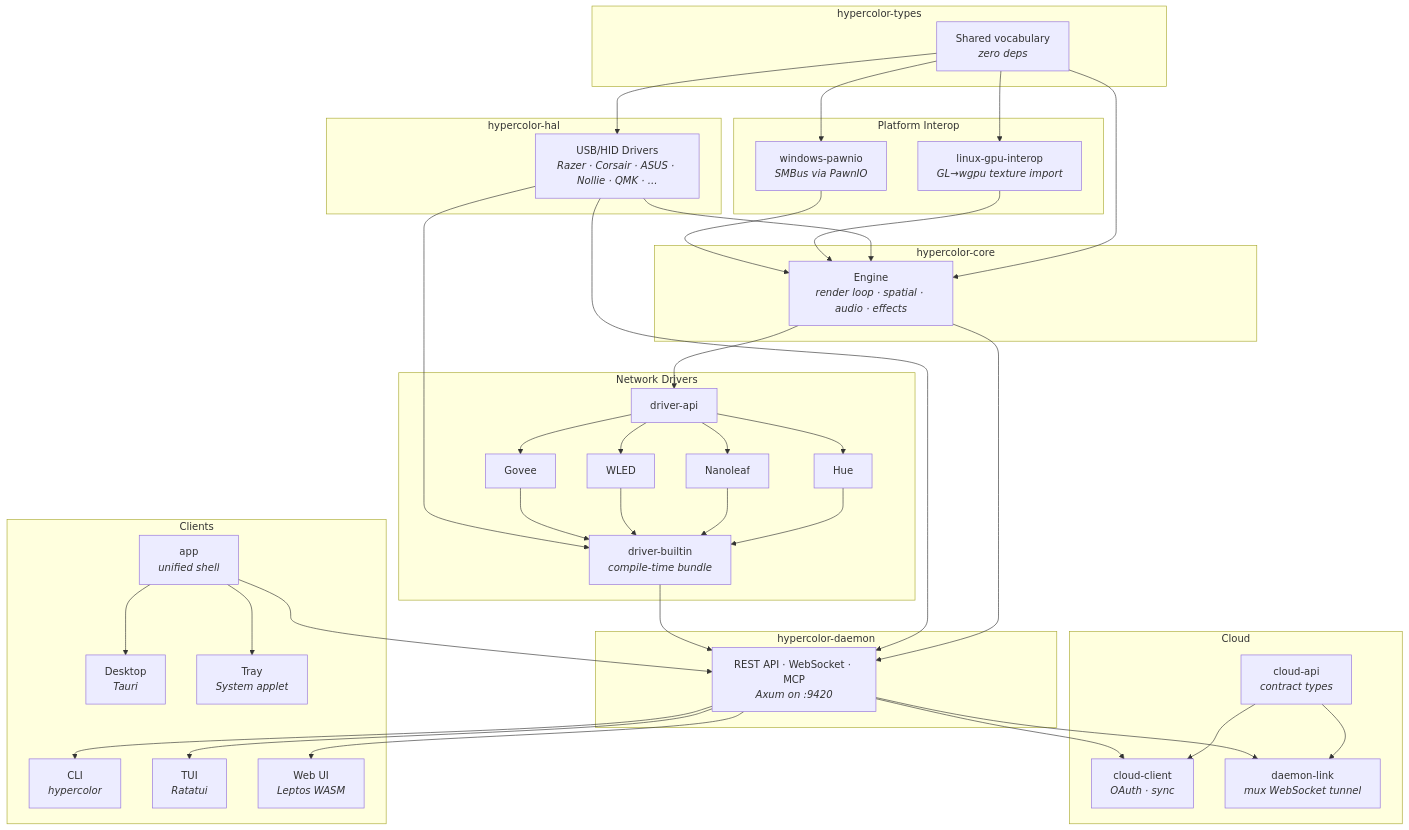
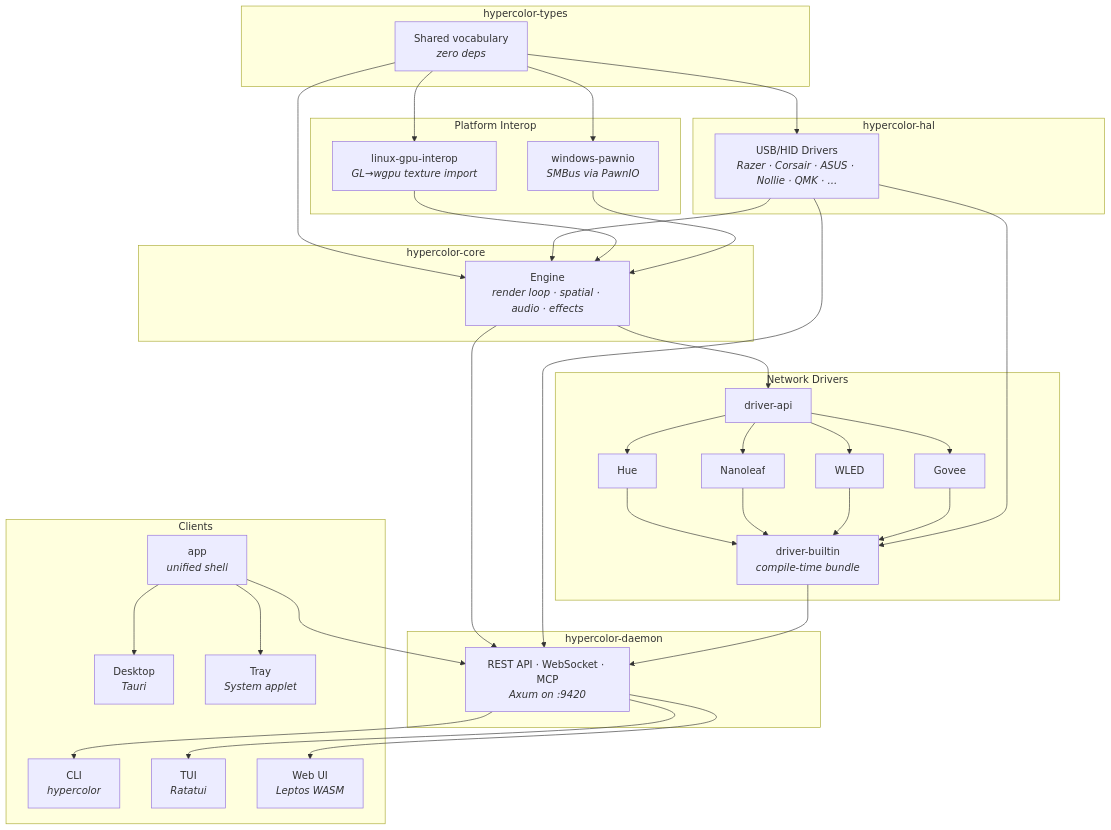
One commit to hyperb1iss/hypercolor changed the second of 2 diagrams in README.md. Above: the diagram before and after it, drawn with Mermaid. The commit also changed 4 other files, not shown here.

````diff
--- a/README.md
+++ b/README.md
@@ -368,60 +368,51 @@
 ```mermaid
 graph TD
     subgraph types [hypercolor-types]
         T[Shared vocabulary<br><i>zero deps</i>]
     end
 
     subgraph hal [hypercolor-hal]
         H[USB/HID Drivers<br><i>Razer · Corsair · ASUS · Nollie · QMK · ...</i>]
     end
 
     subgraph platform [Platform Interop]
         LGI[linux-gpu-interop<br><i>GL→wgpu texture import</i>]
         WPI[windows-pawnio<br><i>SMBus via PawnIO</i>]
     end
 
     subgraph core [hypercolor-core]
         C[Engine<br><i>render loop · spatial · audio · effects</i>]
     end
 
     subgraph drivers [Network Drivers]
         API[driver-api]
         DB[driver-builtin<br><i>compile-time bundle</i>]
         API --> HUE[Hue]
         API --> NL[Nanoleaf]
         API --> WL[WLED]
         API --> GV[Govee]
         HUE & NL & WL & GV --> DB
     end
 
     subgraph daemon [hypercolor-daemon]
         D[REST API · WebSocket · MCP<br><i>Axum on :9420</i>]
     end
 
-    subgraph cloud [Cloud]
-        CAPI[cloud-api<br><i>contract types</i>]
-        CC[cloud-client<br><i>OAuth · sync</i>]
-        DL[daemon-link<br><i>mux WebSocket tunnel</i>]
-        CAPI --> CC
-        CAPI --> DL
-    end
-
     subgraph clients [Clients]
         CLI[CLI<br><i>hypercolor</i>]
         TUI[TUI<br><i>Ratatui</i>]
         UI[Web UI<br><i>Leptos WASM</i>]
         DT[Desktop<br><i>Tauri</i>]
         TR[Tray<br><i>System applet</i>]
         APP[app<br><i>unified shell</i>]
     end
 
     T --> H & C & LGI & WPI
     H --> C
     LGI & WPI --> C
     C --> API
     H --> DB
     C & H & DB --> D
-    D --> CC & DL
     D --> CLI & TUI & UI
     APP --> DT & TR & D
 ```
````
